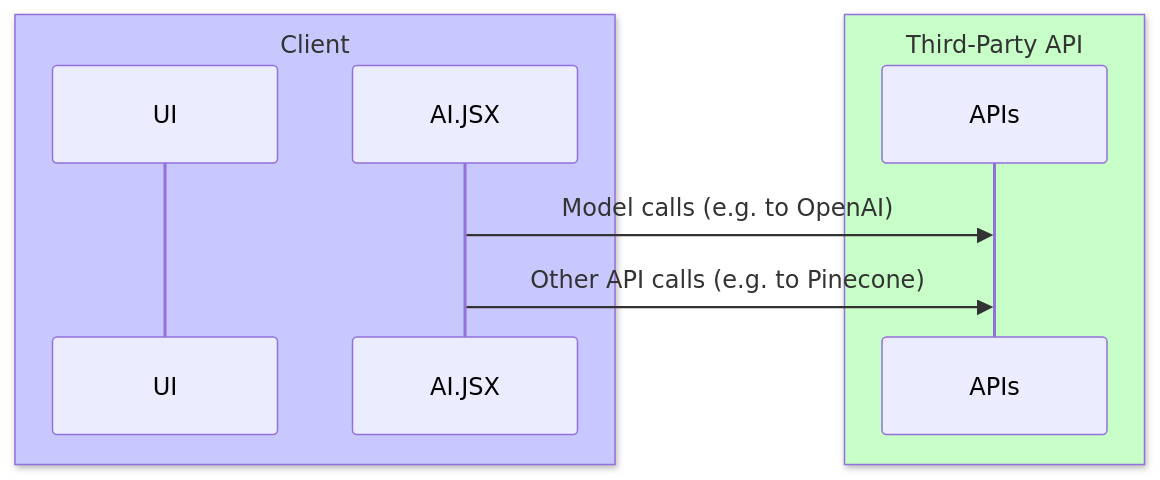
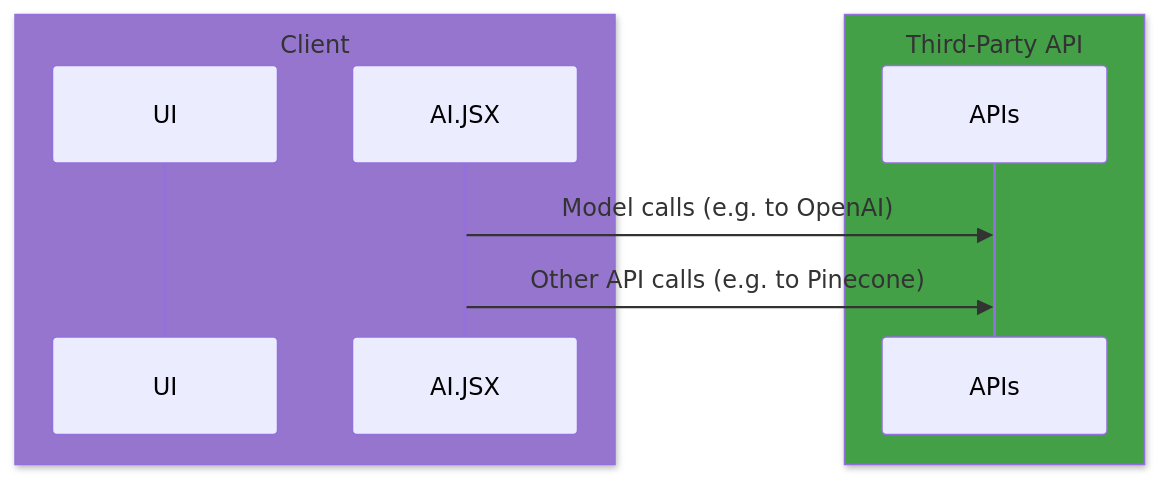
The first of 5 diagrams in packages/docs/docs/guides/architecture.md (fixie-ai/ai-jsx), drawn with Mermaid before and after one commit. The commit also changed other lines of this file, not shown here.

Commit message:
docs: improve arch diagrams in dark mode

````diff
--- a/packages/docs/docs/guides/architecture.md
+++ b/packages/docs/docs/guides/architecture.md
@@ -46,12 +46,12 @@
 ```mermaid
 sequenceDiagram
-    box rgb(200, 200, 255) Client
+    box rgb(149, 117, 205) Client
     participant UI
     participant AI.JSX
     end
-    box rgb(200, 255, 200) Third-Party API
+    box rgb(67, 160, 71) Third-Party API
     participant APIs
     end
     AI.JSX->>APIs: Model calls (e.g. to OpenAI)
     AI.JSX->>APIs: Other API calls (e.g. to Pinecone)
 ```
````
